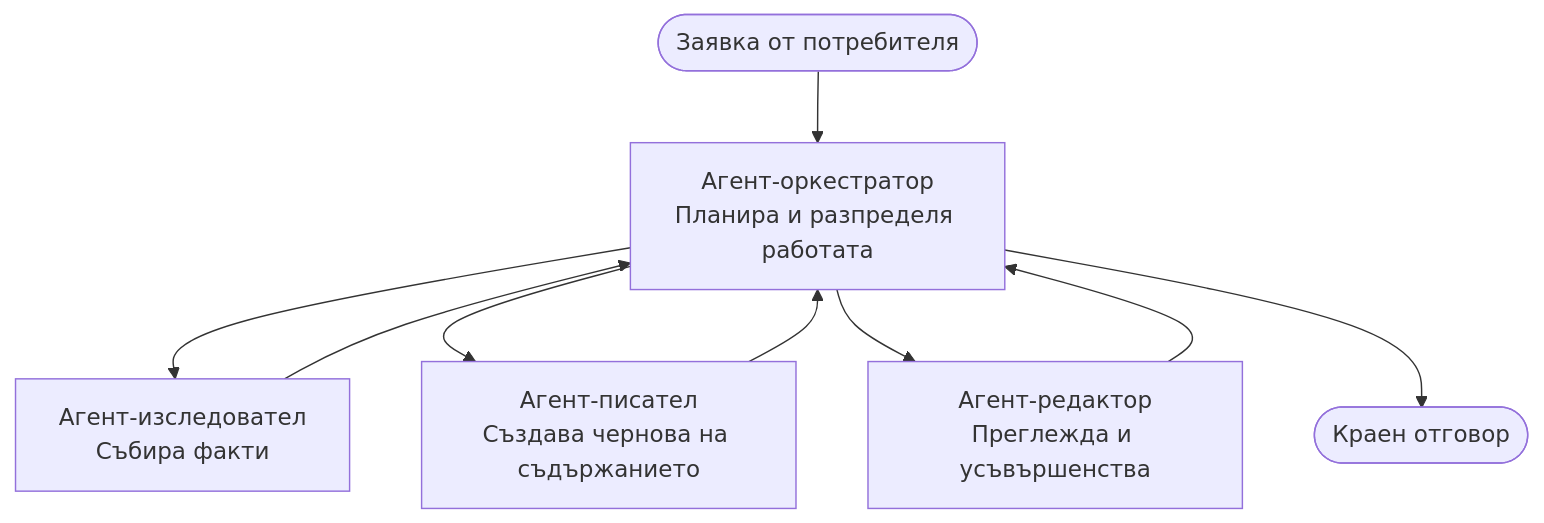
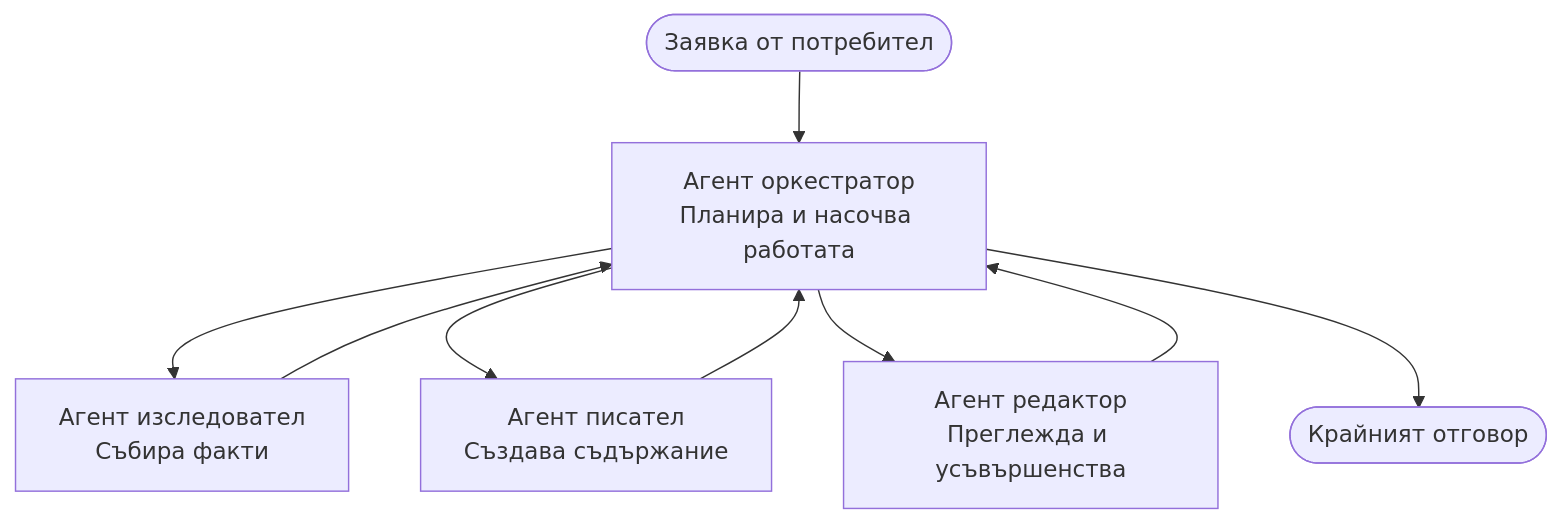
Before and after one commit to microsoft/AZD-for-beginners: the diagram in translations/bg/docs/chapter-05-multi-agent/multi-agent-basics.md, drawn with Mermaid. The commit also changed other lines of this file and 59 other files, not shown here.

````diff
--- a/translations/bg/docs/chapter-05-multi-agent/multi-agent-basics.md
+++ b/translations/bg/docs/chapter-05-multi-agent/multi-agent-basics.md
@@ -43,11 +43,11 @@
 ```mermaid
 graph TD
-    User([Заявка от потребителя]) --> Orchestrator[Агент-оркестратор<br/>Планира и разпределя работата]
-    Orchestrator --> Researcher[Агент-изследовател<br/>Събира факти]
-    Orchestrator --> Writer[Агент-писател<br/>Създава чернова на съдържанието]
-    Orchestrator --> Editor[Агент-редактор<br/>Преглежда и усъвършенства]
+    User([Заявка от потребител]) --> Orchestrator[Агент оркестратор<br/>Планира и насочва работата]
+    Orchestrator --> Researcher[Агент изследовател<br/>Събира факти]
+    Orchestrator --> Writer[Агент писател<br/>Създава съдържание]
+    Orchestrator --> Editor[Агент редактор<br/>Преглежда и усъвършенства]
     Researcher --> Orchestrator
     Writer --> Orchestrator
     Editor --> Orchestrator
-    Orchestrator --> Result([Краен отговор])
+    Orchestrator --> Result([Крайният отговор])
 ```
````
